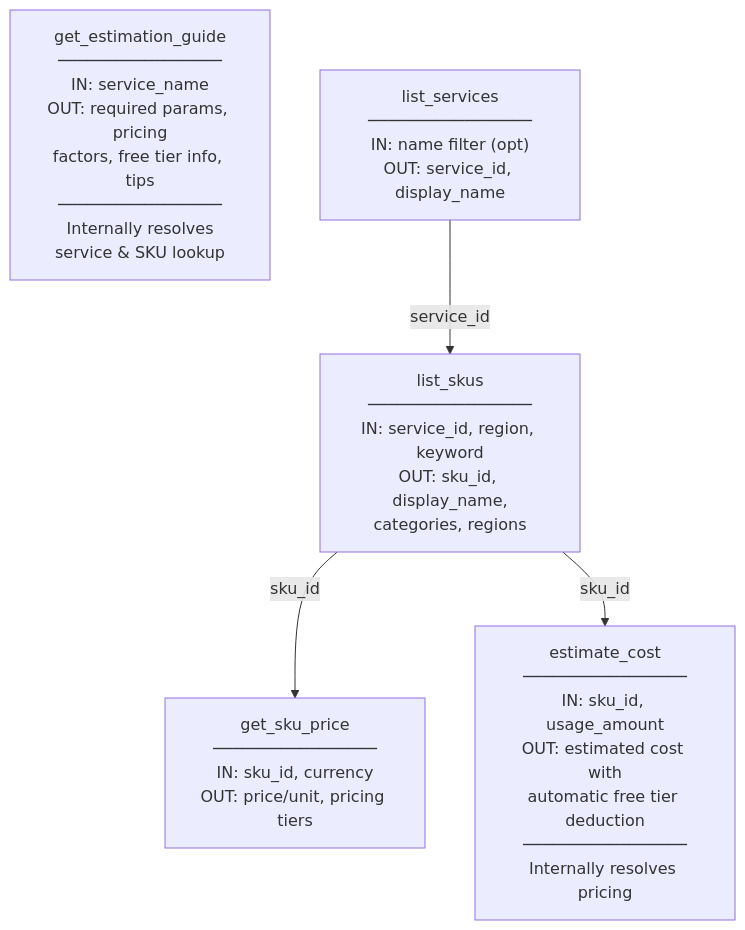
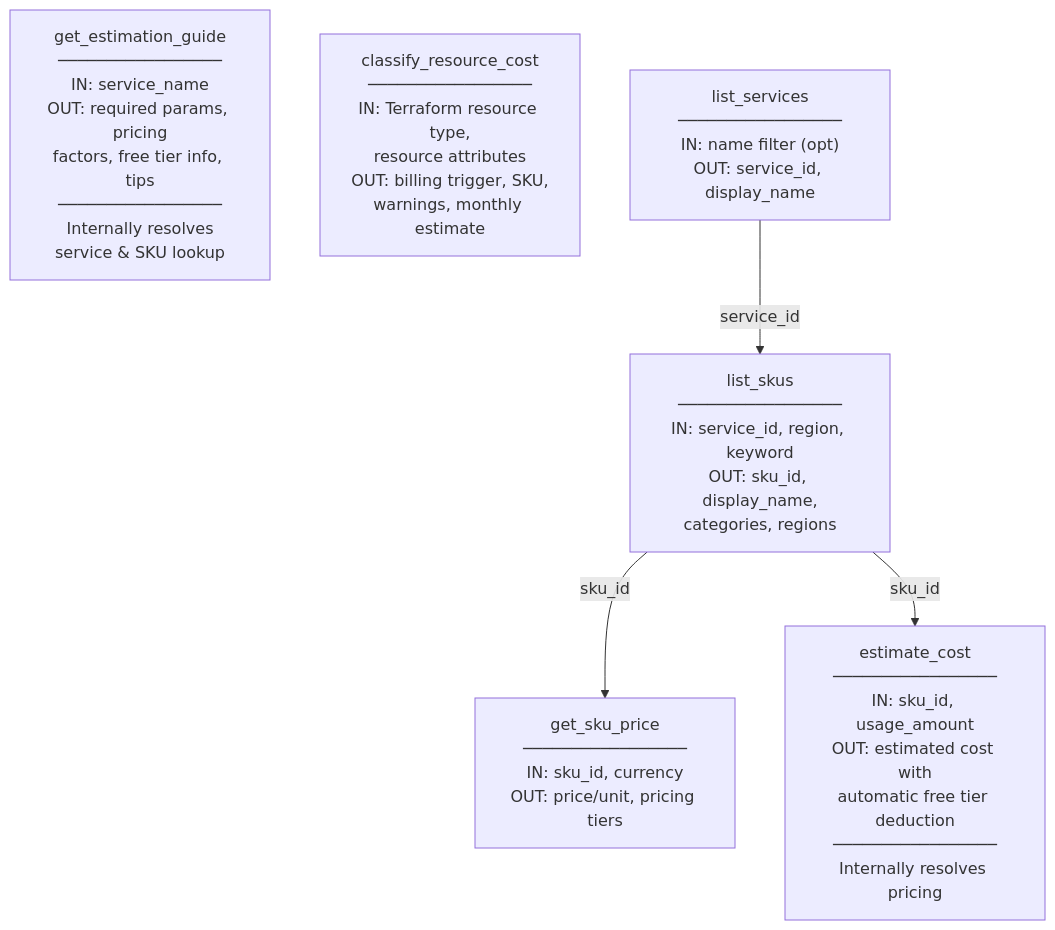
The first of 3 diagrams in README.md (nozomi-koborinai/gcp-cost-mcp-server), drawn with Mermaid before and after one commit. The commit also changed other lines of this file and 7 other files, not shown here.

Commit message:
feat: classify Terraform resource cost behavior

````diff
--- a/README.md
+++ b/README.md
@@ -27,16 +28,18 @@
 ```mermaid
 graph TB
     guide["get_estimation_guide<br/>─────────────────<br/>IN: service_name<br/>OUT: required params, pricing<br/>factors, free tier info, tips<br/>─────────────────<br/>Internally resolves<br/>service &amp; SKU lookup"]
+
+    classify["classify_resource_cost<br/>─────────────────<br/>IN: Terraform resource type,<br/>resource attributes<br/>OUT: billing trigger, SKU,<br/>warnings, monthly estimate"]
 
     services["list_services<br/>─────────────────<br/>IN: name filter (opt)<br/>OUT: service_id, display_name"]
 
     skus["list_skus<br/>─────────────────<br/>IN: service_id, region, keyword<br/>OUT: sku_id, display_name,<br/>categories, regions"]
 
     price["get_sku_price<br/>─────────────────<br/>IN: sku_id, currency<br/>OUT: price/unit, pricing tiers"]
 
     cost["estimate_cost<br/>─────────────────<br/>IN: sku_id, usage_amount<br/>OUT: estimated cost with<br/>automatic free tier deduction<br/>─────────────────<br/>Internally resolves pricing"]
 
     services -- "service_id" --> skus
     skus -- "sku_id" --> price
     skus -- "sku_id" --> cost
 ```
````
